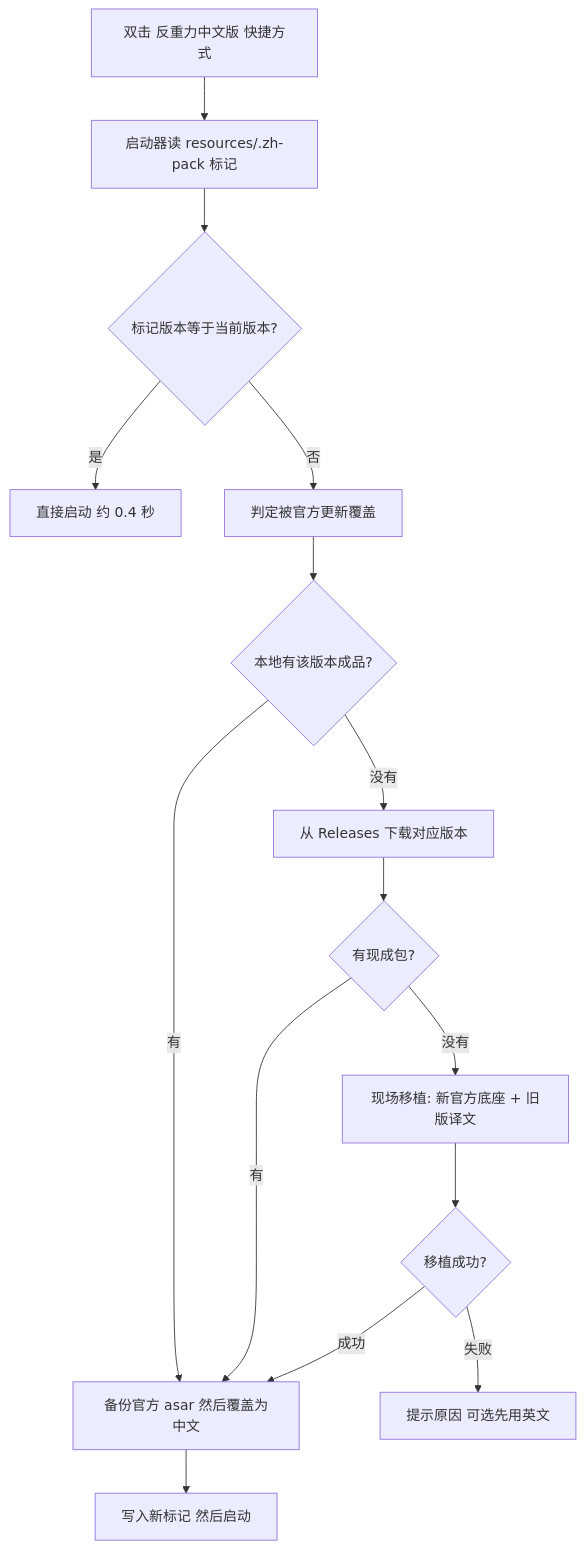
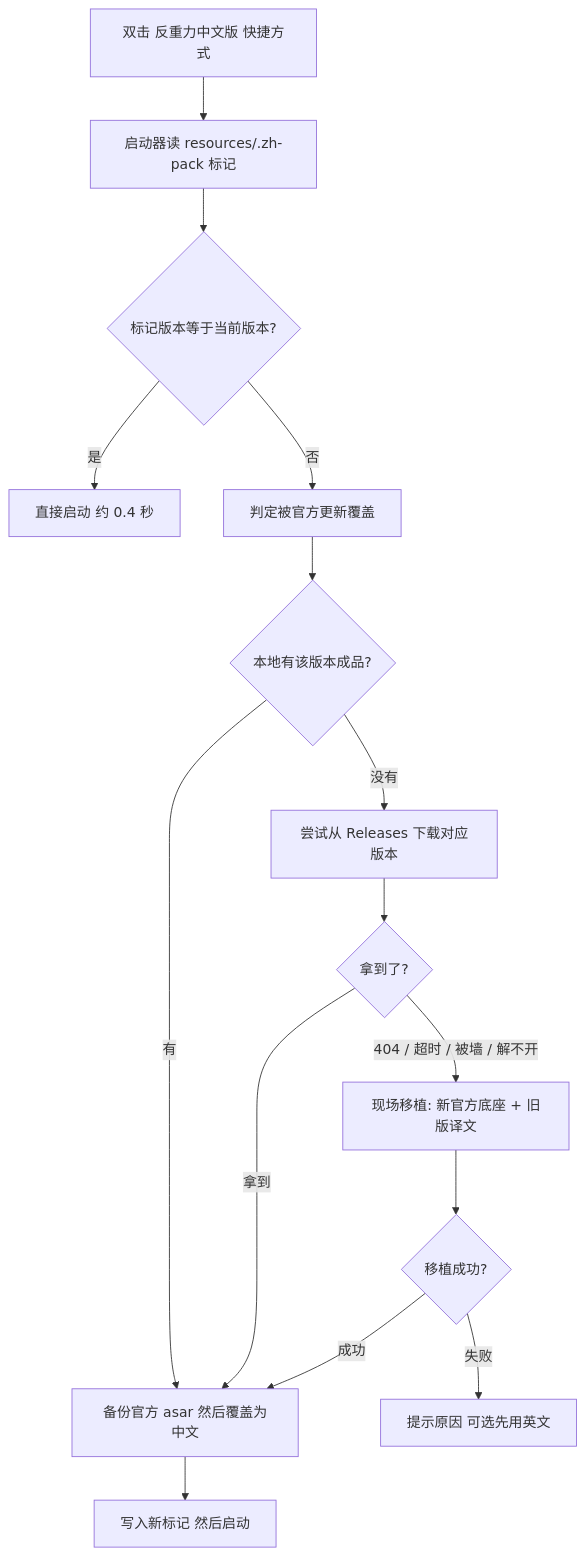
Before and after one commit to bslnssb/antigravity-chinese-pack: the diagram in docs/MAINTAINER.md, drawn with Mermaid. The commit also changed other lines of this file and 6 other files, not shown here.

````diff
--- a/docs/MAINTAINER.md
+++ b/docs/MAINTAINER.md
@@ -32,17 +32,17 @@
 ```mermaid
 flowchart TD
     A[双击 反重力中文版 快捷方式] --> B[启动器读 resources/.zh-pack 标记]
     B --> C{标记版本等于当前版本?}
     C -->|是| D[直接启动 约 0.4 秒]
     C -->|否| E[判定被官方更新覆盖]
     E --> F{本地有该版本成品?}
     F -->|有| G[备份官方 asar 然后覆盖为中文]
-    F -->|没有| H[从 Releases 下载对应版本]
-    H --> I{有现成包?}
-    I -->|有| G
-    I -->|没有| J[现场移植: 新官方底座 + 旧版译文]
+    F -->|没有| H[尝试从 Releases 下载对应版本]
+    H --> I{拿到了?}
+    I -->|拿到| G
+    I -->|404 / 超时 / 被墙 / 解不开| J[现场移植: 新官方底座 + 旧版译文]
     J --> K{移植成功?}
     K -->|成功| G
     K -->|失败| L[提示原因 可选先用英文]
     G --> M[写入新标记 然后启动]
 ```
````
